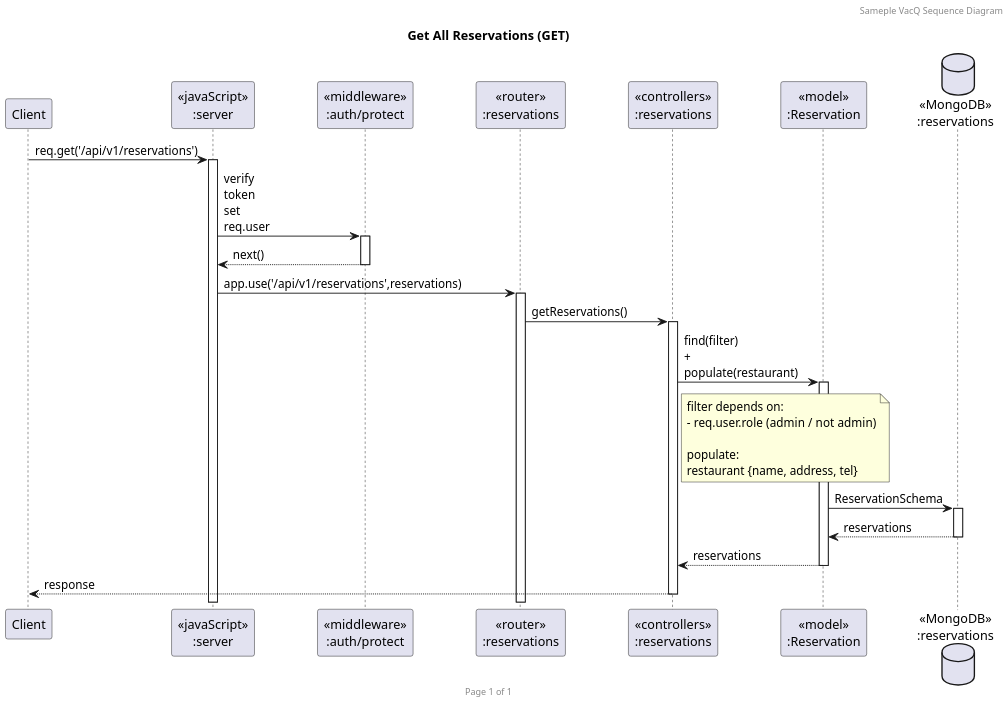
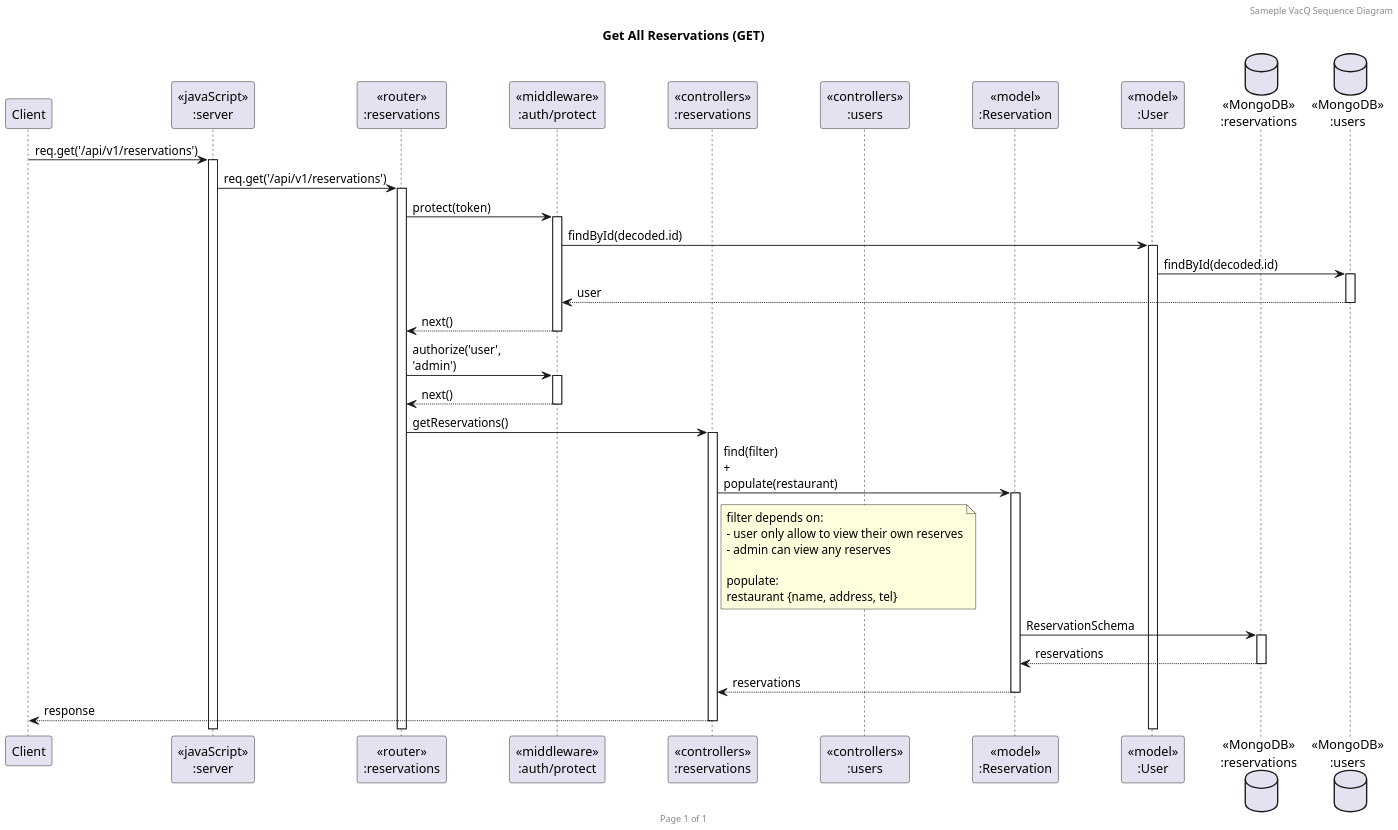
The diagram in UML/Reservations/Get_All.puml (2110503-CEDT68/be-project-68-confutatis), drawn with PlantUML before and after one commit. The commit also changed 5 other files, not shown here.

Commit message:
fix: uml, reservation update -> restaurant fetching only if change new restaurant

```diff
--- a/UML/Reservations/Get_All.puml
+++ b/UML/Reservations/Get_All.puml
@@ -1,45 +1,53 @@
 @startuml Manage Reservation (GET)
 
 header Sameple VacQ Sequence Diagram
 footer Page %page% of %lastpage%
 title "Get All Reservations (GET)"
 
 skinparam dpi 180
 skinparam ParticipantPadding 30
 skinparam MessagePadding 25
 skinparam maxMessageSize 40
 
 participant "Client" as client
 participant "<<javaScript>>\n:server" as server
+participant "<<router>>\n:reservations" as routerReservations
 participant "<<middleware>>\n:auth/protect" as middleware
-participant "<<router>>\n:reservations" as routerReservations
 participant "<<controllers>>\n:reservations" as controllersReservations
+participant "<<controllers>>\n:users" as controllersUsers   
 participant "<<model>>\n:Reservation" as modelReservation
+participant "<<model>>\n:User" as modelUser
 database "<<MongoDB>>\n:reservations" as ReservationsDatabase
+database "<<MongoDB>>\n:users" as UsersDatabase
 
 client -> server ++: req.get('/api/v1/reservations')
-server -> middleware ++: verify token\nset req.user
-middleware --> server --: next()
+server -> routerReservations ++: req.get('/api/v1/reservations')
+routerReservations -> middleware ++: protect(token)
+middleware -> modelUser ++: findById(decoded.id)
+modelUser -> UsersDatabase ++: findById(decoded.id)
+UsersDatabase --> middleware --: user
+middleware --> routerReservations --: next()
 
-server -> routerReservations ++: app.use('/api/v1/reservations',reservations)
-
+routerReservations -> middleware ++: authorize('user', 'admin')
+middleware --> routerReservations --: next()
 
 routerReservations -> controllersReservations ++: getReservations()
 
 controllersReservations -> modelReservation ++: find(filter)\n+ populate(restaurant)
 
 note right of controllersReservations
 filter depends on:
-- req.user.role (admin / not admin)
+- user only allow to view their own reserves
+- admin can view any reserves
 
 populate:
 restaurant {name, address, tel}
 end note
 
 modelReservation -> ReservationsDatabase ++: ReservationSchema
 ReservationsDatabase --> modelReservation --: reservations
 modelReservation --> controllersReservations --: reservations
 
 controllersReservations --> client --: response
 
 @enduml
```
